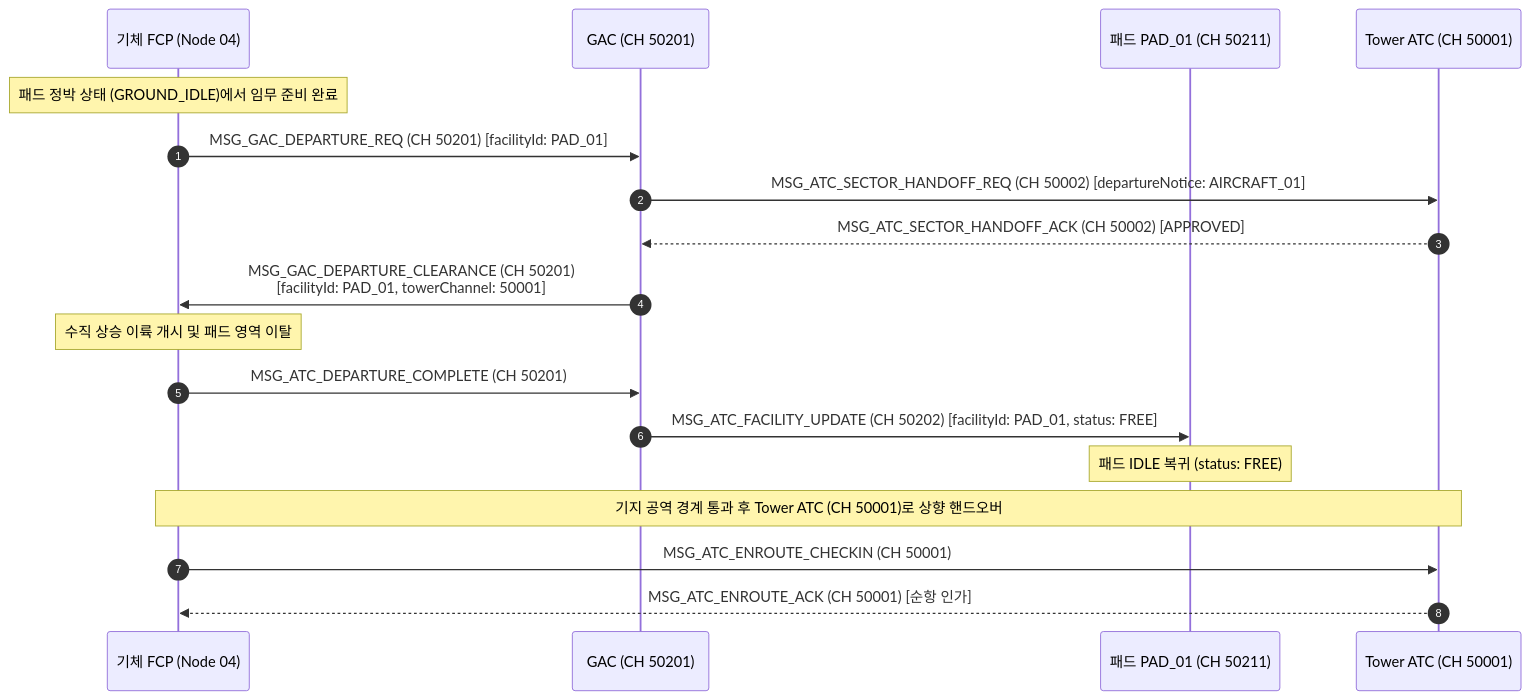
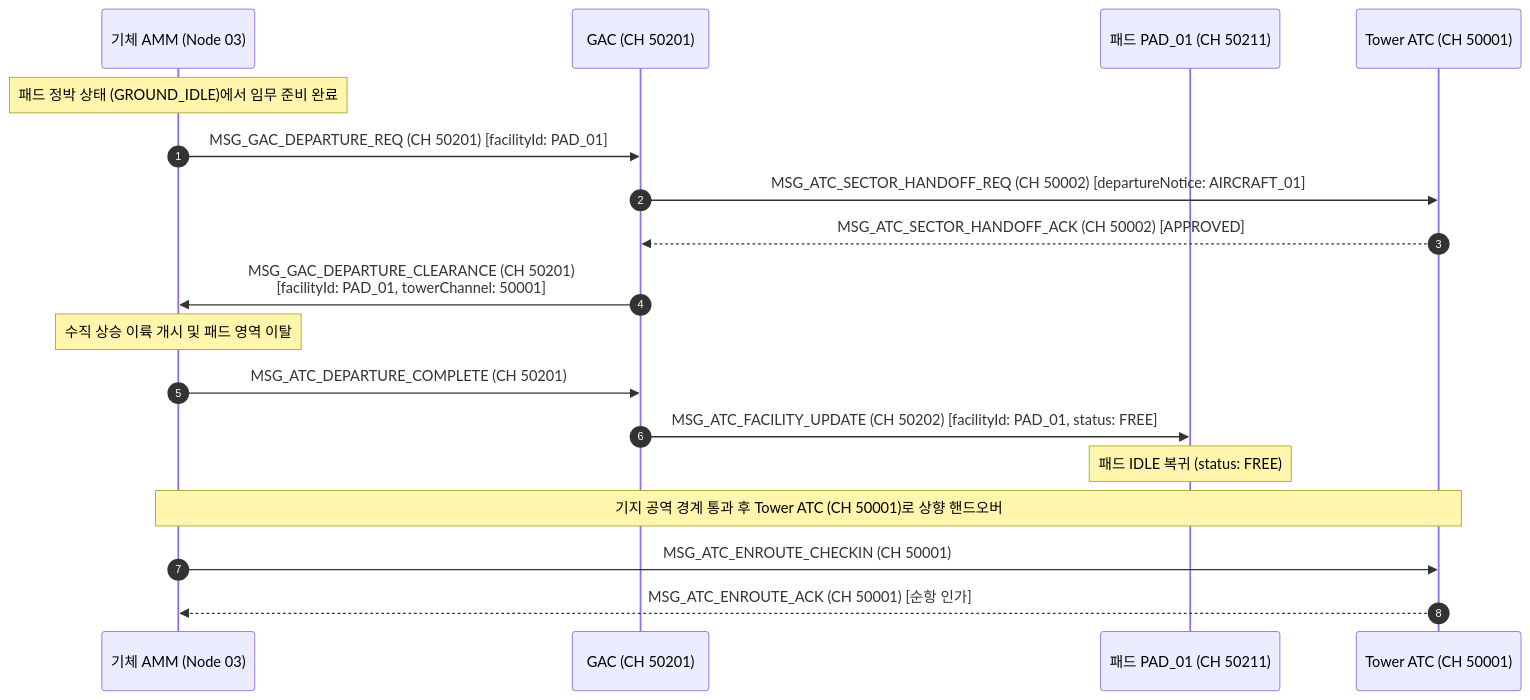
Before and after one commit to Polimachi/Aeroneutics_Autopilot: the fifth of 5 diagrams in docs/specs/0_infra/gac/GAC_PROGRAM_SPECIFICATION_AND_ICD.md, drawn with Mermaid. The commit also changed other lines of this file and 18 other files, not shown here.

Commit message:
docs(specs): shrink FCP to SE(3) outer-loop and migrate gateway/nav/mission ownership to AMM (TASK-206)

````diff
--- a/docs/specs/0_infra/gac/GAC_PROGRAM_SPECIFICATION_AND_ICD.md
+++ b/docs/specs/0_infra/gac/GAC_PROGRAM_SPECIFICATION_AND_ICD.md
@@ -589,23 +591,23 @@
 ```mermaid
 sequenceDiagram
     autonumber
-    participant U as 기체 FCP (Node 04)
+    participant U as 기체 AMM (Node 03)
     participant G as GAC (CH 50201)
     participant P as 패드 PAD_01 (CH 50211)
     participant T as Tower ATC (CH 50001)
 
     Note over U: 패드 정박 상태 (GROUND_IDLE)에서 임무 준비 완료
     U->>G: MSG_GAC_DEPARTURE_REQ (CH 50201) [facilityId: PAD_01]
     G->>T: MSG_ATC_SECTOR_HANDOFF_REQ (CH 50002) [departureNotice: AIRCRAFT_01]
     T-->>G: MSG_ATC_SECTOR_HANDOFF_ACK (CH 50002) [APPROVED]
     G->>U: MSG_GAC_DEPARTURE_CLEARANCE (CH 50201)<br/>[facilityId: PAD_01, towerChannel: 50001]
 
     Note over U: 수직 상승 이륙 개시 및 패드 영역 이탈
     U->>G: MSG_ATC_DEPARTURE_COMPLETE (CH 50201)
     G->>P: MSG_ATC_FACILITY_UPDATE (CH 50202) [facilityId: PAD_01, status: FREE]
     Note over P: 패드 IDLE 복귀 (status: FREE)
 
     Note over U,T: 기지 공역 경계 통과 후 Tower ATC (CH 50001)로 상향 핸드오버
     U->>T: MSG_ATC_ENROUTE_CHECKIN (CH 50001)
     T-->>U: MSG_ATC_ENROUTE_ACK (CH 50001) [순항 인가]
 ```
````
